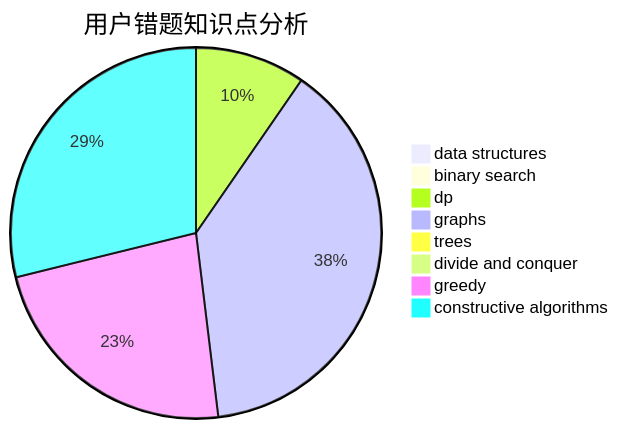
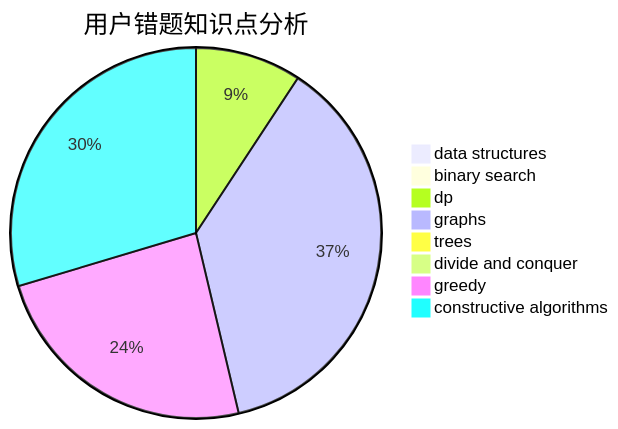
One commit to sherpahu/cfrs.github.io changed the third of 3 diagrams in docs/user/u1595.md. Above: the diagram before and after it, drawn with Mermaid. The commit also changed other lines of this file and 2770 other files, not shown here.

````diff
--- a/docs/user/u1595.md
+++ b/docs/user/u1595.md
@@ -36,11 +36,11 @@
 ```mermaid
 pie title 用户错题知识点分析
     "data structures" :  0
     "binary search" :  0
     "dp" :  5
     "graphs" :  20
     "trees" :  0
     "divide and conquer" :  0
-    "greedy" :  12
-    "constructive algorithms" :  15
+    "greedy" :  13
+    "constructive algorithms" :  16
 ```
````
